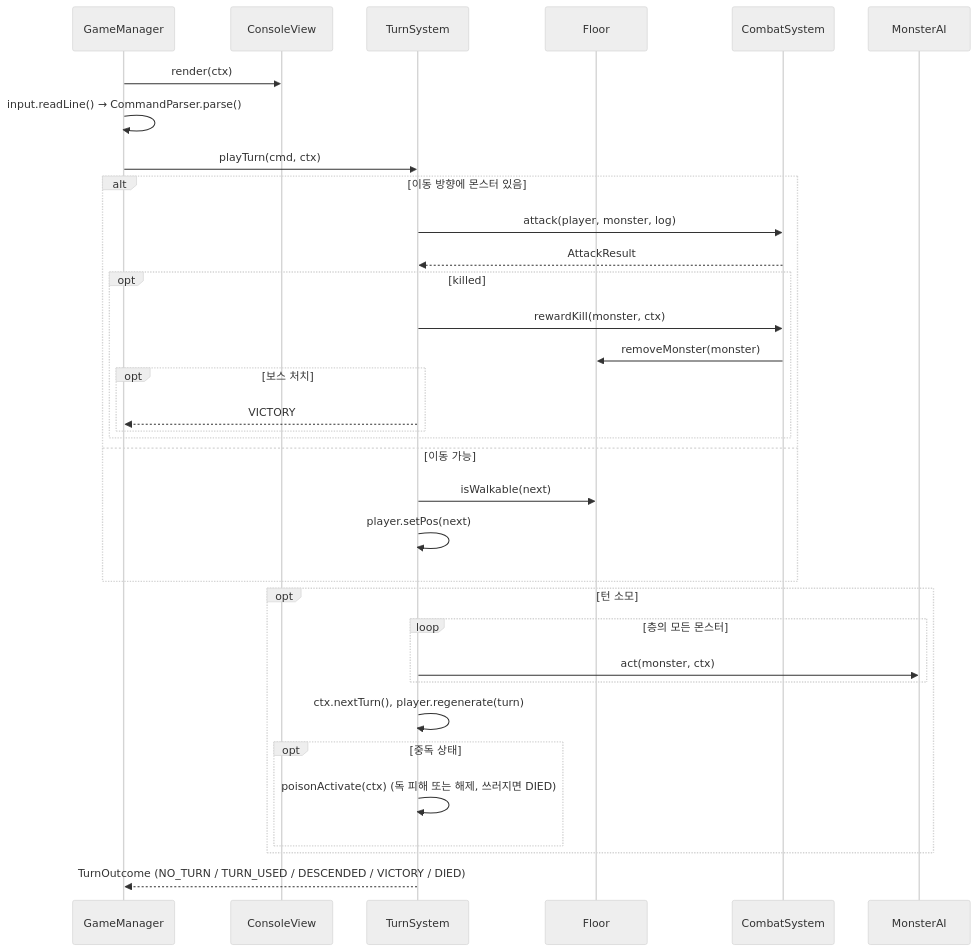
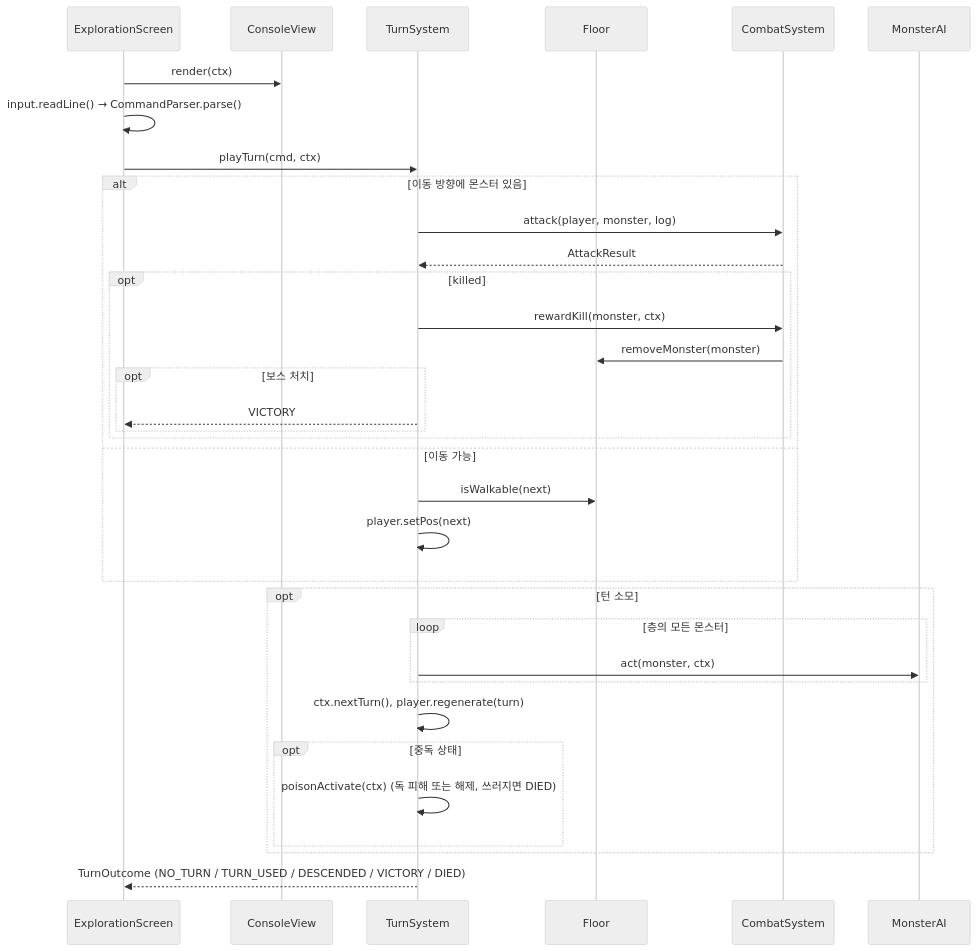
One commit to likelion-boot-camp-28th/side-project01-team01 changed the ninth of 10 diagrams in docs/Class-Diagram.md. Above: the diagram before and after it, drawn with Mermaid (neutral theme). The commit also changed other lines of this file and 27 other files, not shown here.

First line of the commit message:
refactor: GameManager 화면 분리와 코드 리뷰 Low 항목 정리

````diff
--- a/docs/Class-Diagram.md
+++ b/docs/Class-Diagram.md
@@ -1027,37 +1082,37 @@
 ```mermaid
 sequenceDiagram
-    participant GM as GameManager
+    participant ES as ExplorationScreen
     participant V as ConsoleView
     participant TS as TurnSystem
     participant F as Floor
     participant CS as CombatSystem
     participant AI as MonsterAI
 
-    GM->>V: render(ctx)
-    GM->>GM: input.readLine() → CommandParser.parse()
-    GM->>TS: playTurn(cmd, ctx)
+    ES->>V: render(ctx)
+    ES->>ES: input.readLine() → CommandParser.parse()
+    ES->>TS: playTurn(cmd, ctx)
     alt 이동 방향에 몬스터 있음
         TS->>CS: attack(player, monster, log)
         CS-->>TS: AttackResult
         opt killed
             TS->>CS: rewardKill(monster, ctx)
             CS->>F: removeMonster(monster)
             opt 보스 처치
-                TS-->>GM: VICTORY
+                TS-->>ES: VICTORY
             end
         end
     else 이동 가능
         TS->>F: isWalkable(next)
         TS->>TS: player.setPos(next)
     end
     opt 턴 소모
         loop 층의 모든 몬스터
             TS->>AI: act(monster, ctx)
         end
         TS->>TS: ctx.nextTurn(), player.regenerate(turn)
         opt 중독 상태
             TS->>TS: poisonActivate(ctx) (독 피해 또는 해제, 쓰러지면 DIED)
         end
     end
-    TS-->>GM: TurnOutcome (NO_TURN / TURN_USED / DESCENDED / VICTORY / DIED)
+    TS-->>ES: TurnOutcome (NO_TURN / TURN_USED / DESCENDED / VICTORY / DIED)
 ```
````
